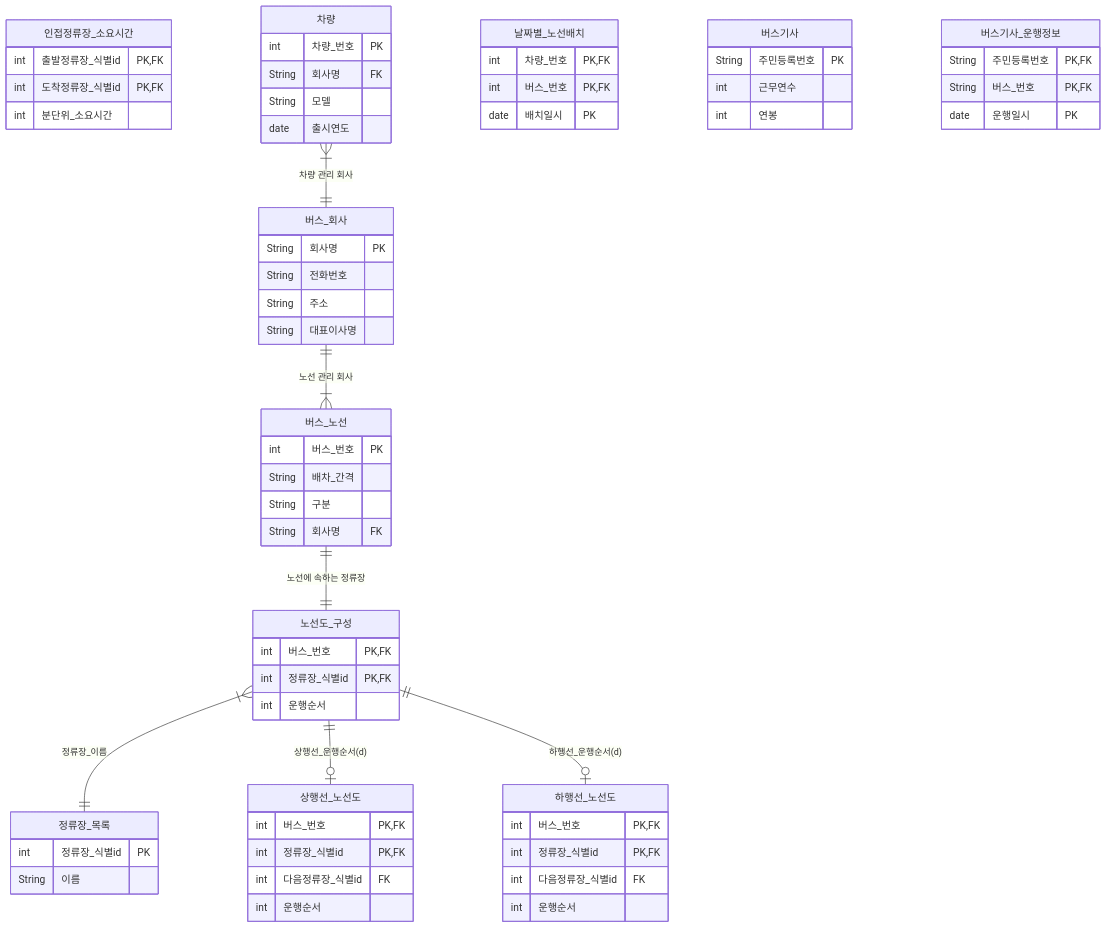
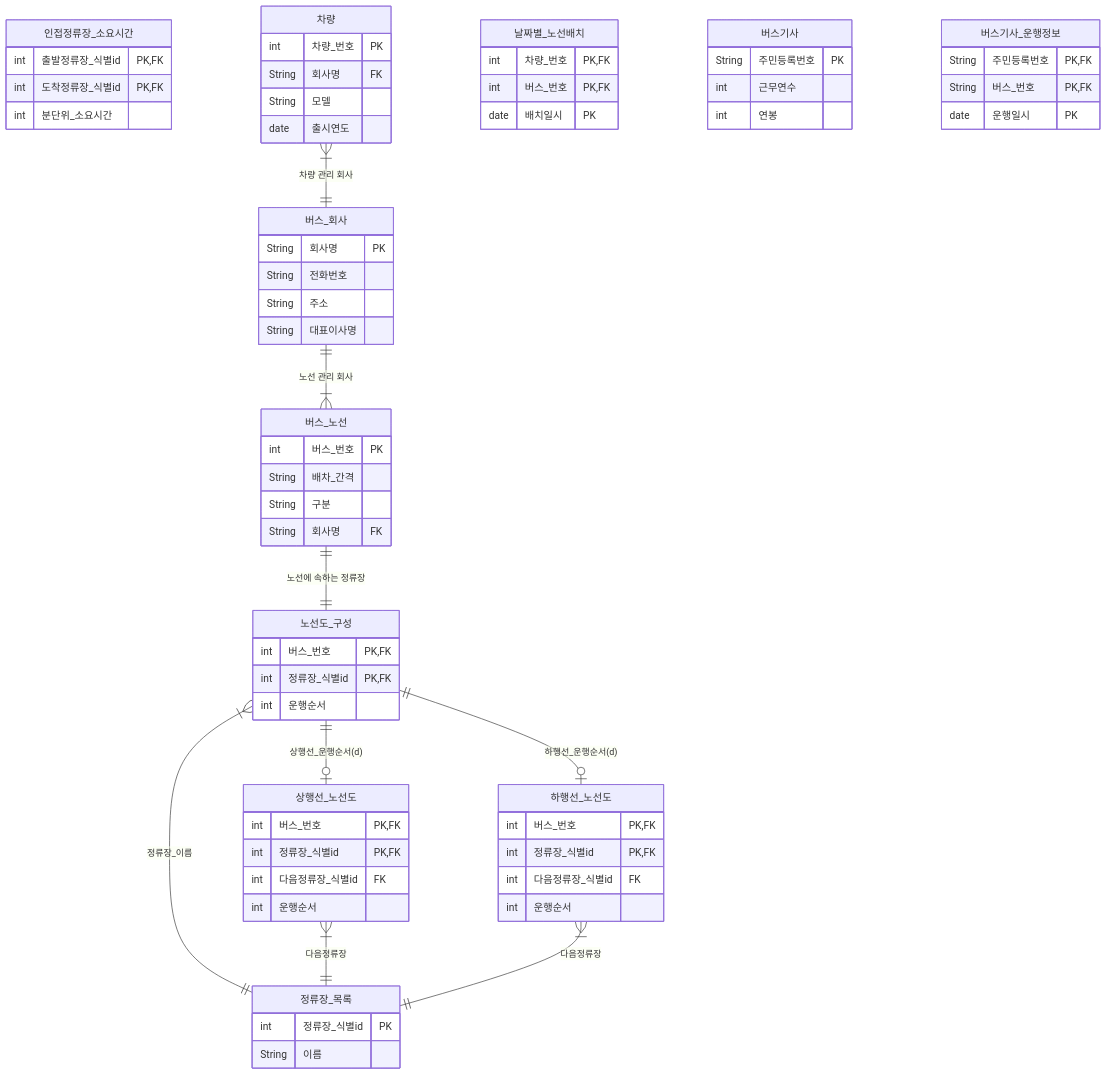
One commit to zerojun040329-eng/test-260401 changed the second of 2 diagrams in README.md. Above: the diagram before and after it, drawn with Mermaid.

````diff
--- a/README.md
+++ b/README.md
@@ -63,69 +63,71 @@
 ```mermaid
 erDiagram
   버스_노선 {
     int 버스_번호 PK
     String 배차_간격 
     String 구분
     String 회사명 FK
   }
   정류장_목록 {
     int 정류장_식별id PK
     String 이름
   }
   노선도_구성 {
     int 버스_번호 PK, FK
     int 정류장_식별id PK, FK
     int 운행순서
   }
   상행선_노선도 {
     int 버스_번호 PK, FK
     int 정류장_식별id PK, FK
     int 다음정류장_식별id FK
     int 운행순서
   }
   하행선_노선도 {
     int 버스_번호 PK, FK
     int 정류장_식별id PK, FK
     int 다음정류장_식별id FK
     int 운행순서
   }
   인접정류장_소요시간 {
     int 출발정류장_식별id PK, FK
     int 도착정류장_식별id PK, FK
     int 분단위_소요시간
   }
   버스_회사 {
     String 회사명 PK
     String 전화번호
     String 주소
     String 대표이사명
   }
   차량 {
     int 차량_번호 PK
     String 회사명 FK
     String 모델
     date 출시연도
   }
   날짜별_노선배치 {
     int 차량_번호 PK, FK
     int 버스_번호 PK, FK
     date 배치일시 PK
   }
   버스기사 {
     String 주민등록번호 PK
     int 근무연수
     int 연봉
   }
   버스기사_운행정보 {
     String 주민등록번호 PK, FK
     String 버스_번호 PK, FK
     date 운행일시 PK
   }
 
   버스_회사 ||--|{ 버스_노선 : "노선 관리 회사"
   차량 |{--|| 버스_회사 : "차량 관리 회사"
   버스_노선 ||--|| 노선도_구성 : "노선에 속하는 정류장"
   노선도_구성 |{--|| 정류장_목록 : "정류장_이름"
   노선도_구성 ||--o| 상행선_노선도 : "상행선_운행순서(d)"
   노선도_구성 ||--o| 하행선_노선도 : "하행선_운행순서(d)"
+  상행선_노선도 |{--|| 정류장_목록 : "다음정류장"
+  하행선_노선도 |{--|| 정류장_목록 : "다음정류장"
 ```
````
